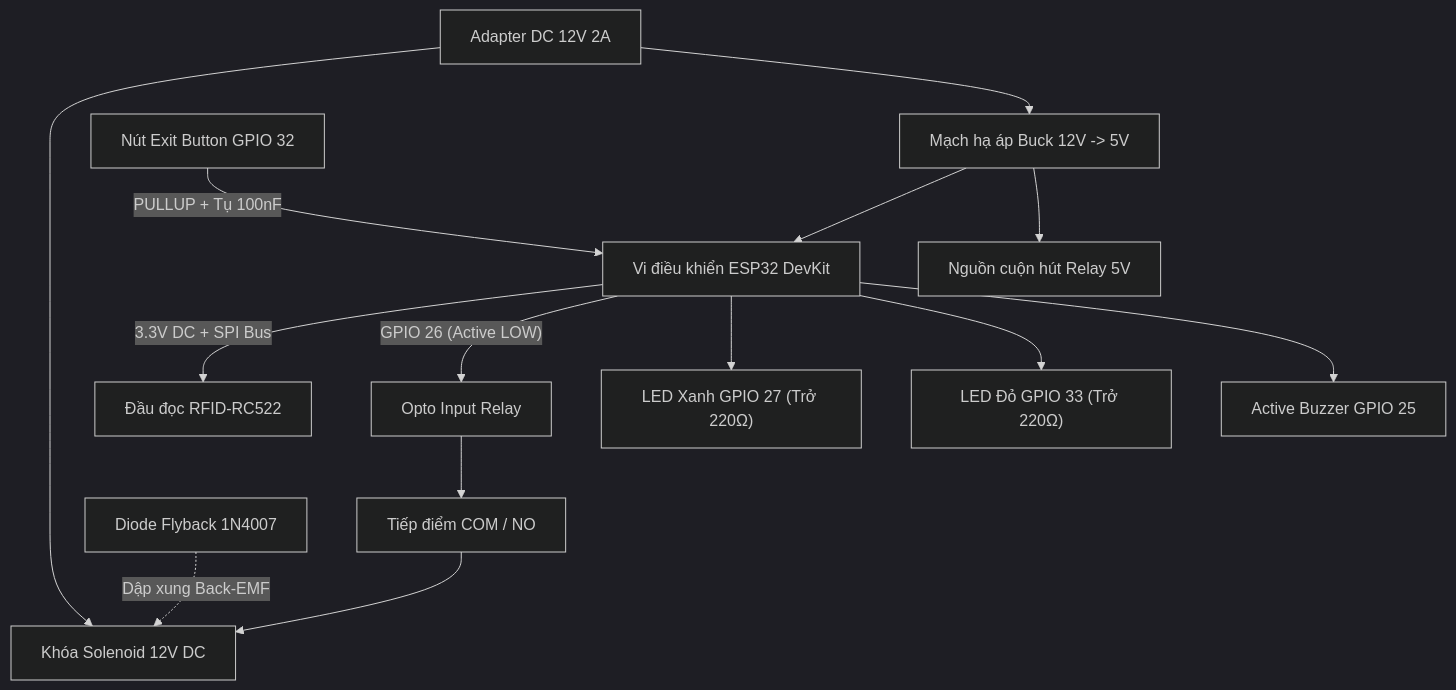
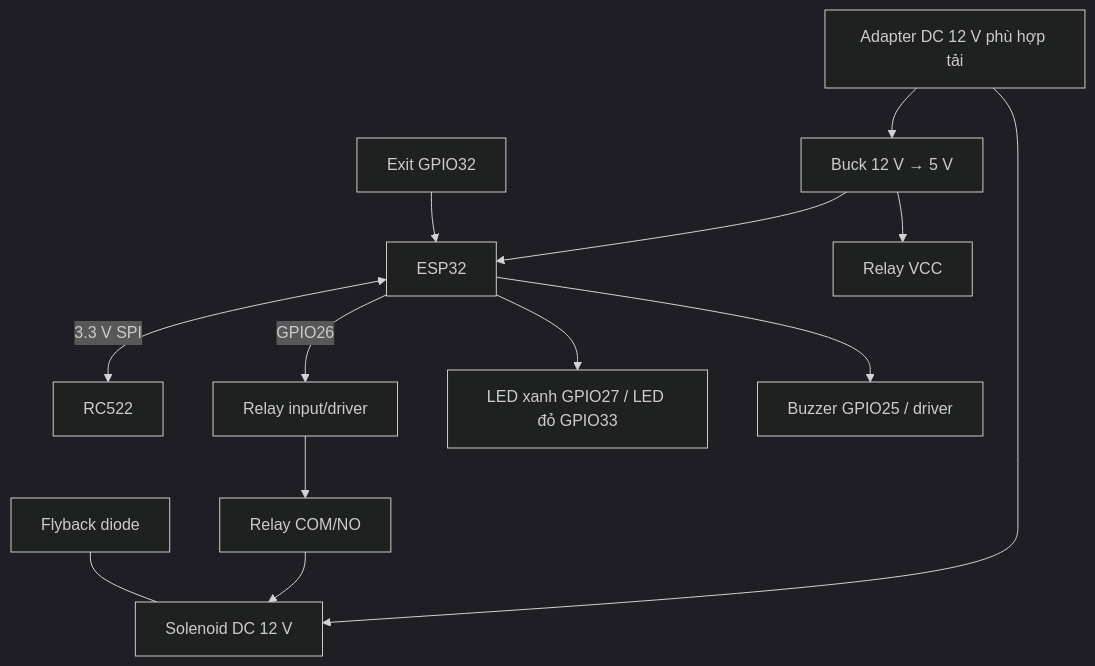
The first of 4 diagrams in docs/SO_DO_KY_THUAT_VA_LY_THUYET.md (NguyenHoangUy1305/iot-rfid-access-control), drawn with Mermaid (dark theme) before and after one commit. The commit also changed other lines of this file and 1 other file, not shown here.

Commit message:
docs: finalize Project 1 technical roadmap and schematics to v1.1 with enterprise gap analysis

````diff
--- a/docs/SO_DO_KY_THUAT_VA_LY_THUYET.md
+++ b/docs/SO_DO_KY_THUAT_VA_LY_THUYET.md
@@ -252,18 +169,15 @@
 ```mermaid
 graph TD
-    Adapter["Adapter DC 12V 2A"] --> Solenoid["Khóa Solenoid 12V DC"]
-    Adapter --> Buck["Mạch hạ áp Buck 12V -> 5V"]
-    Buck --> ESP["Vi điều khiển ESP32 DevKit"]
-    Buck --> RelayVCC["Nguồn cuộn hút Relay 5V"]
-
-    ESP -->|"3.3V DC + SPI Bus"| RC522["Đầu đọc RFID-RC522"]
-    ESP -->|"GPIO 26 (Active LOW)"| RelayInput["Opto Input Relay"]
-    RelayInput --> RelayContact["Tiếp điểm COM / NO"]
+    Adapter["Adapter DC 12 V phù hợp tải"] --> Buck["Buck 12 V → 5 V"]
+    Adapter --> Solenoid["Solenoid DC 12 V"]
+    Buck --> ESP["ESP32"]
+    Buck --> RelayPower["Relay VCC"]
+    ESP <-->|"3.3 V SPI"| RC522["RC522"]
+    ESP -->|"GPIO26"| RelayInput["Relay input/driver"]
+    RelayInput --> RelayContact["Relay COM/NO"]
     RelayContact --> Solenoid
-
-    ESP --> LEDG["LED Xanh GPIO 27 (Trở 220Ω)"]
-    ESP --> LEDR["LED Đỏ GPIO 33 (Trở 220Ω)"]
-    ESP --> Buzzer["Active Buzzer GPIO 25"]
-    ExitBtn["Nút Exit Button GPIO 32"] -->|"PULLUP + Tụ 100nF"| ESP
-    Diode["Diode Flyback 1N4007"] -.->|"Dập xung Back-EMF"| Solenoid
+    ESP --> LEDs["LED xanh GPIO27 / LED đỏ GPIO33"]
+    ESP --> Buzzer["Buzzer GPIO25 / driver"]
+    Exit["Exit GPIO32"] --> ESP
+    Diode["Flyback diode"] --- Solenoid
 ```
````
